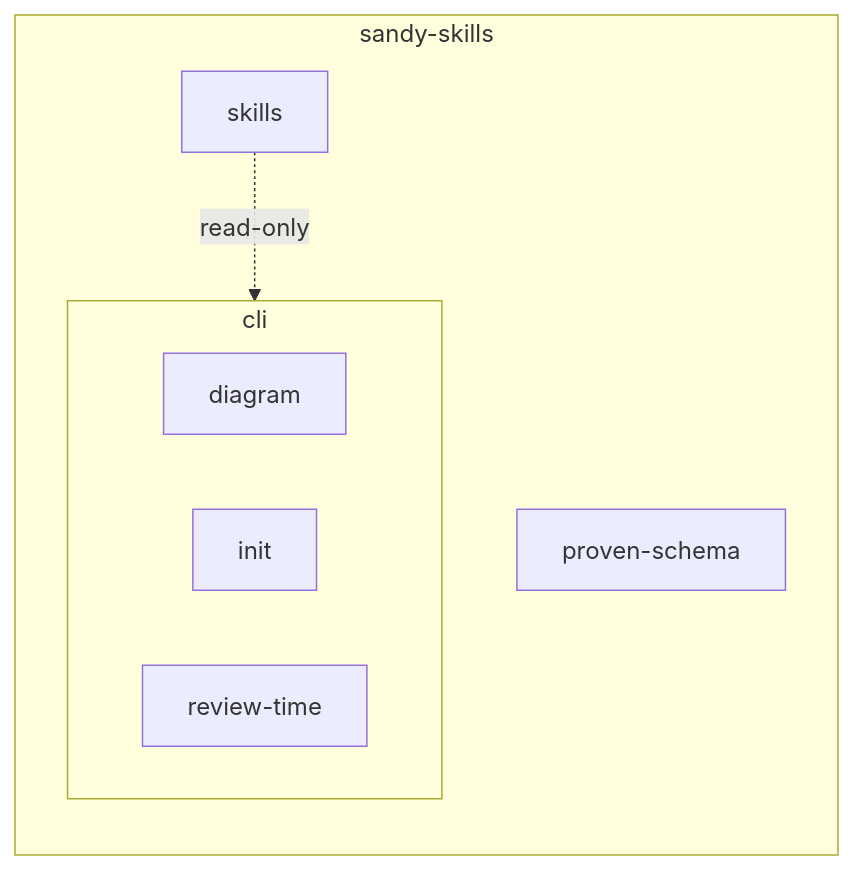
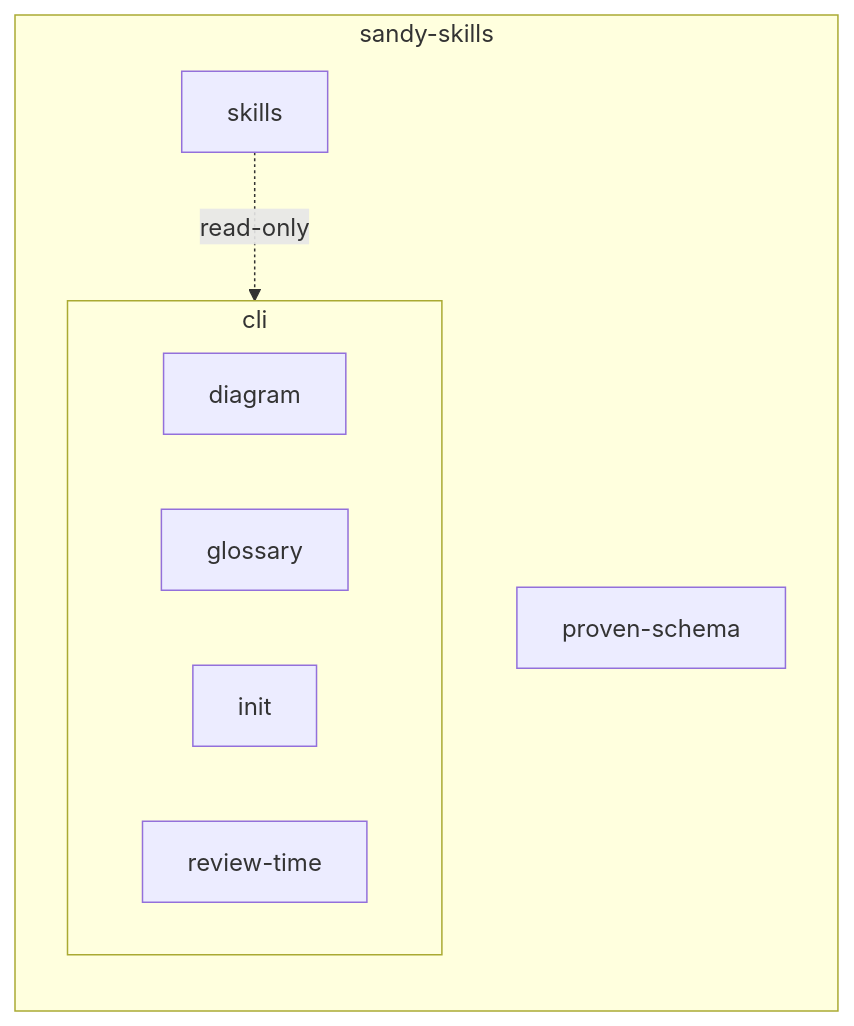
The diagram in standards/diagrams.md (sandyhq/sandy-skills), drawn with Mermaid before and after one commit. The commit also changed 23 other files, not shown here.

````diff
--- a/standards/diagrams.md
+++ b/standards/diagrams.md
@@ -34,13 +34,14 @@
 ```mermaid
 flowchart LR
   subgraph p_sandy_2d_skills["sandy-skills"]
     subgraph p_cli["cli"]
       p_diagram["diagram"]
+      p_glossary["glossary"]
       p_init["init"]
       p_review_2d_time["review-time"]
     end
     p_proven_2d_schema["proven-schema"]
     p_skills["skills"]
   end
   p_skills -.->|read-only| p_cli
 ```
````
